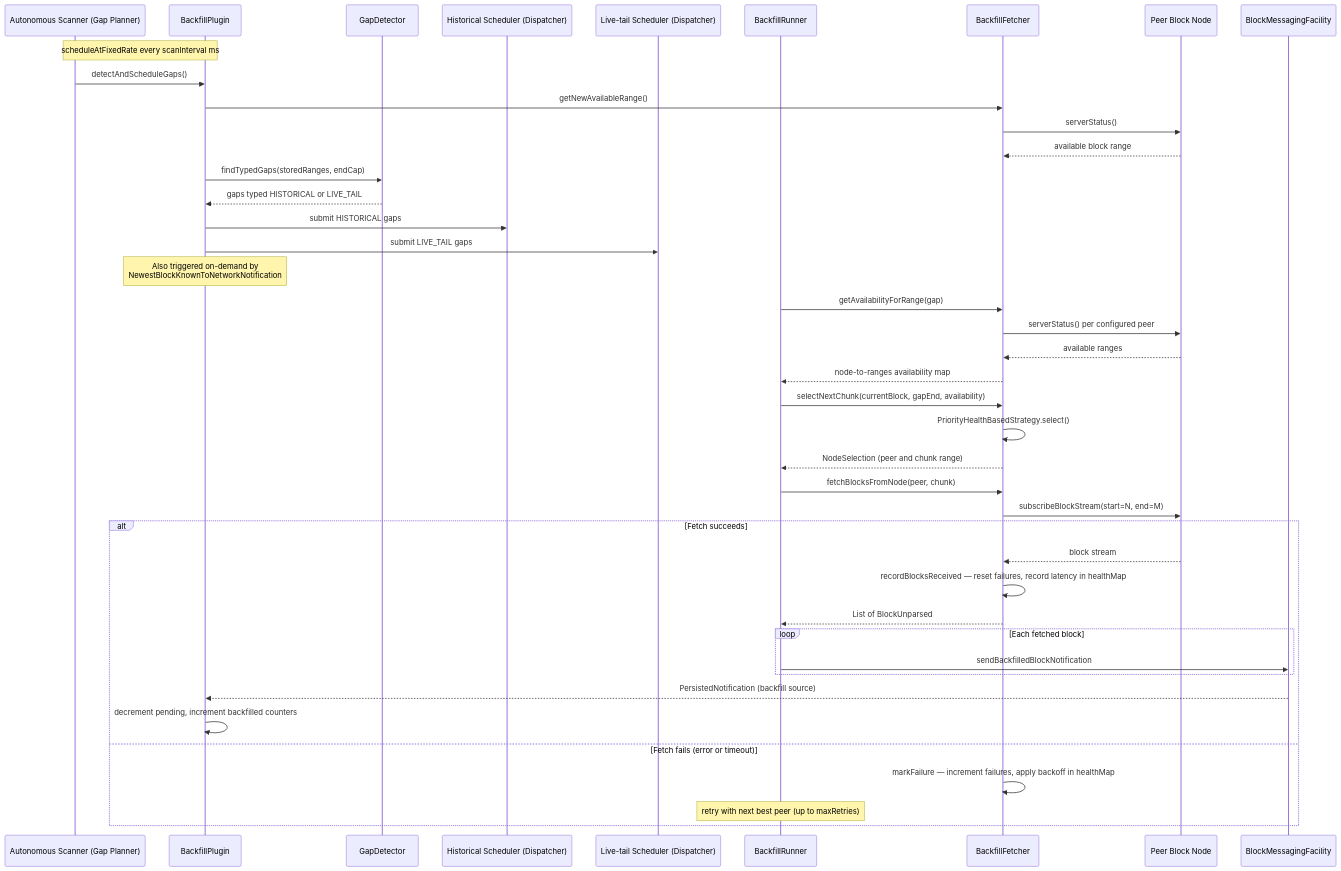
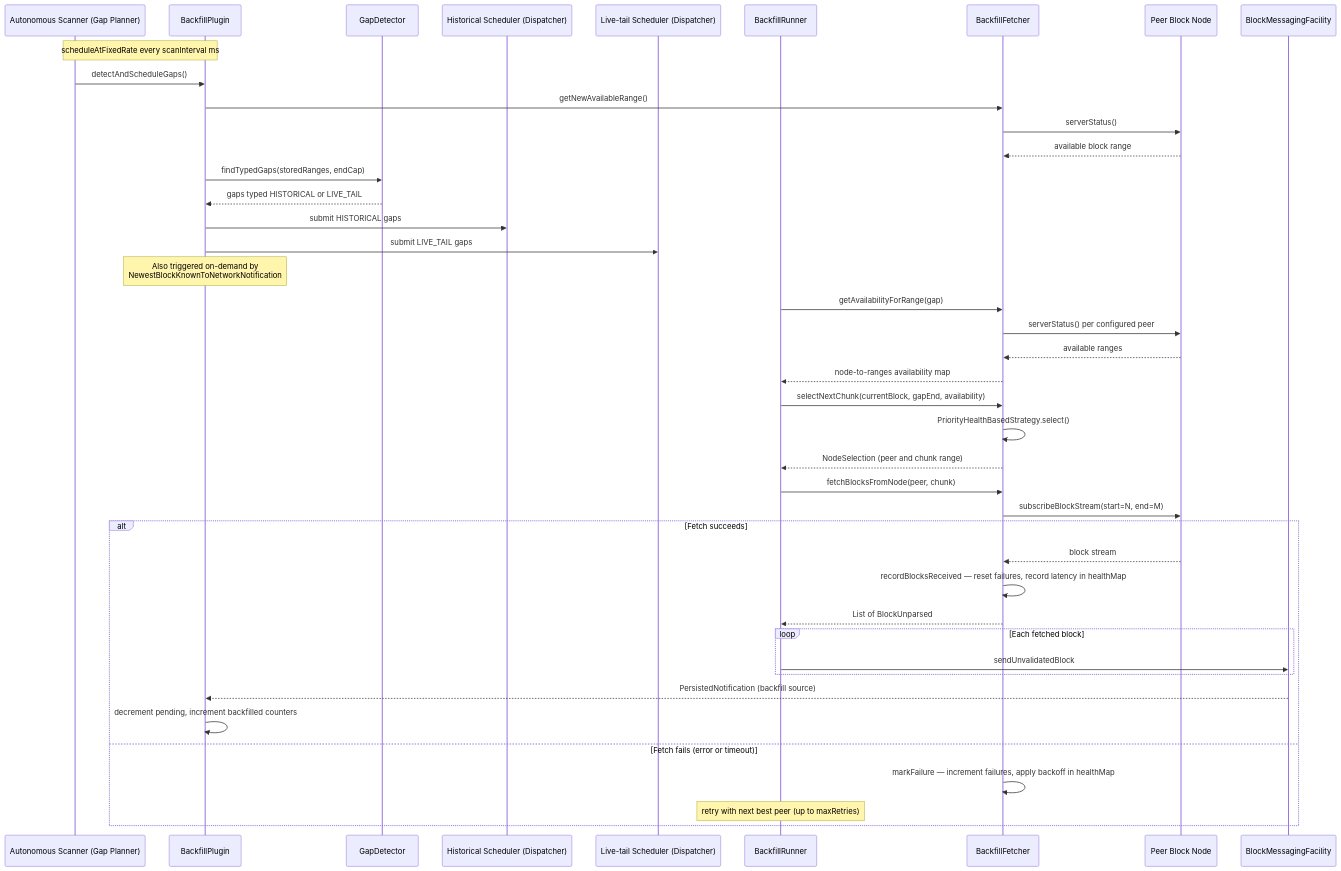
Before and after one commit to hiero-ledger/hiero-block-node: the third of 3 diagrams in docs/block-node/architecture/data-flow.md, drawn with Mermaid. The commit also changed other lines of this file and 26 other files, not shown here.

Commit message:
4122 Rename the backfilled block notification to a source agnostic unvalidated block notification

````diff
--- a/docs/block-node/architecture/data-flow.md
+++ b/docs/block-node/architecture/data-flow.md
@@ -160,48 +160,48 @@
 ```mermaid
 sequenceDiagram
     participant Scan as Autonomous Scanner (Gap Planner)
     participant Plugin as BackfillPlugin
     participant Detector as GapDetector
     participant HScheduler as Historical Scheduler (Dispatcher)
     participant LScheduler as Live-tail Scheduler (Dispatcher)
     participant Runner as BackfillRunner
     participant Fetcher as BackfillFetcher
     participant Peer as Peer Block Node
     participant Messaging as BlockMessagingFacility
 
     Note over Scan,Plugin: scheduleAtFixedRate every scanInterval ms
     Scan->>Plugin: detectAndScheduleGaps()
     Plugin->>Fetcher: getNewAvailableRange()
     Fetcher->>Peer: serverStatus()
     Peer-->>Fetcher: available block range
     Plugin->>Detector: findTypedGaps(storedRanges, endCap)
     Detector-->>Plugin: gaps typed HISTORICAL or LIVE_TAIL
     Plugin->>HScheduler: submit HISTORICAL gaps
     Plugin->>LScheduler: submit LIVE_TAIL gaps
 
     Note over Plugin: Also triggered on-demand by<br/>NewestBlockKnownToNetworkNotification
 
     Runner->>Fetcher: getAvailabilityForRange(gap)
     Fetcher->>Peer: serverStatus() per configured peer
     Peer-->>Fetcher: available ranges
     Fetcher-->>Runner: node-to-ranges availability map
     Runner->>Fetcher: selectNextChunk(currentBlock, gapEnd, availability)
     Fetcher->>Fetcher: PriorityHealthBasedStrategy.select()
     Fetcher-->>Runner: NodeSelection (peer and chunk range)
     Runner->>Fetcher: fetchBlocksFromNode(peer, chunk)
     Fetcher->>Peer: subscribeBlockStream(start=N, end=M)
 
     alt Fetch succeeds
         Peer-->>Fetcher: block stream
         Fetcher->>Fetcher: recordBlocksReceived — reset failures, record latency in healthMap
         Fetcher-->>Runner: List of BlockUnparsed
         loop Each fetched block
-            Runner->>Messaging: sendBackfilledBlockNotification
+            Runner->>Messaging: sendUnvalidatedBlock
         end
         Messaging-->>Plugin: PersistedNotification (backfill source)
         Plugin->>Plugin: decrement pending, increment backfilled counters
     else Fetch fails (error or timeout)
         Fetcher->>Fetcher: markFailure — increment failures, apply backoff in healthMap
         Note over Runner: retry with next best peer (up to maxRetries)
     end
 ```
````
